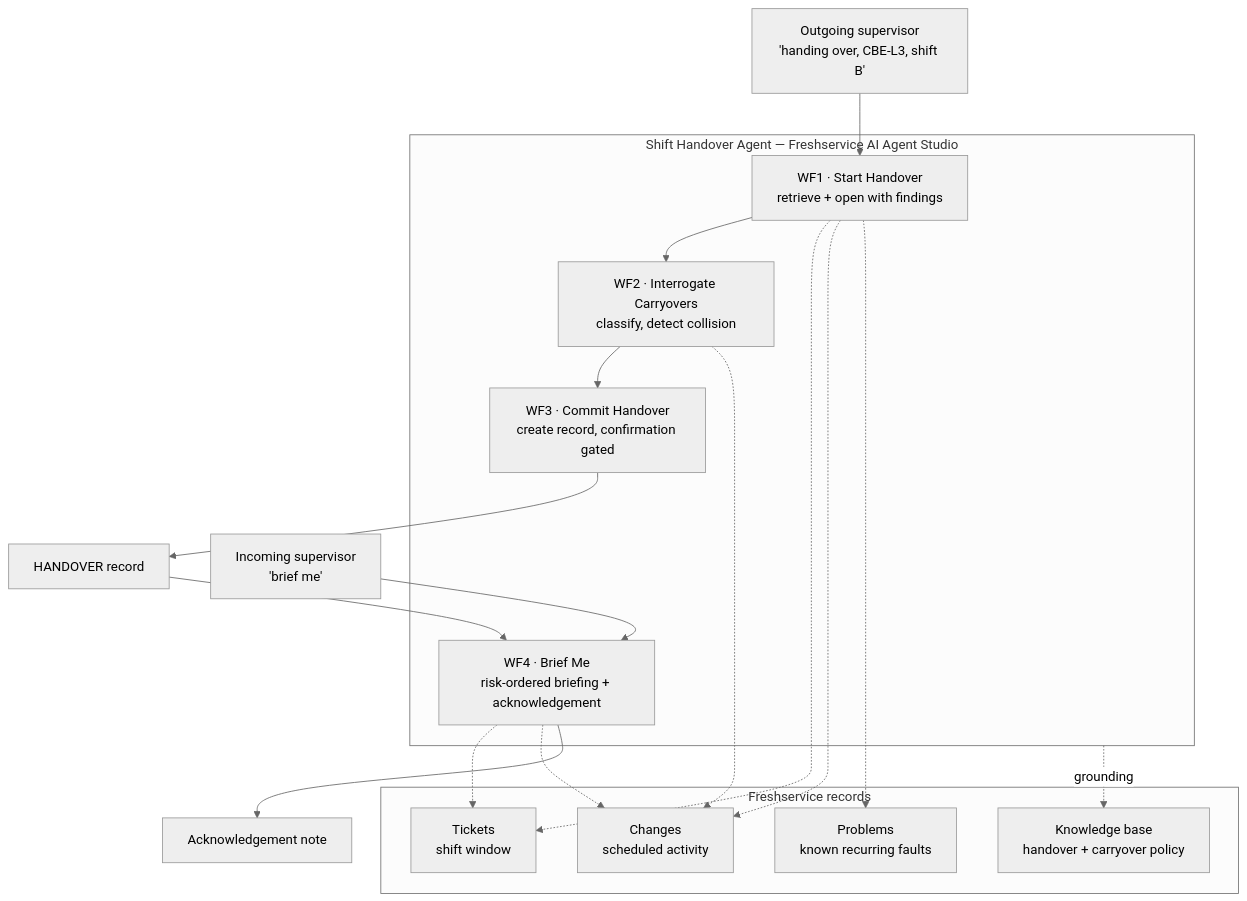
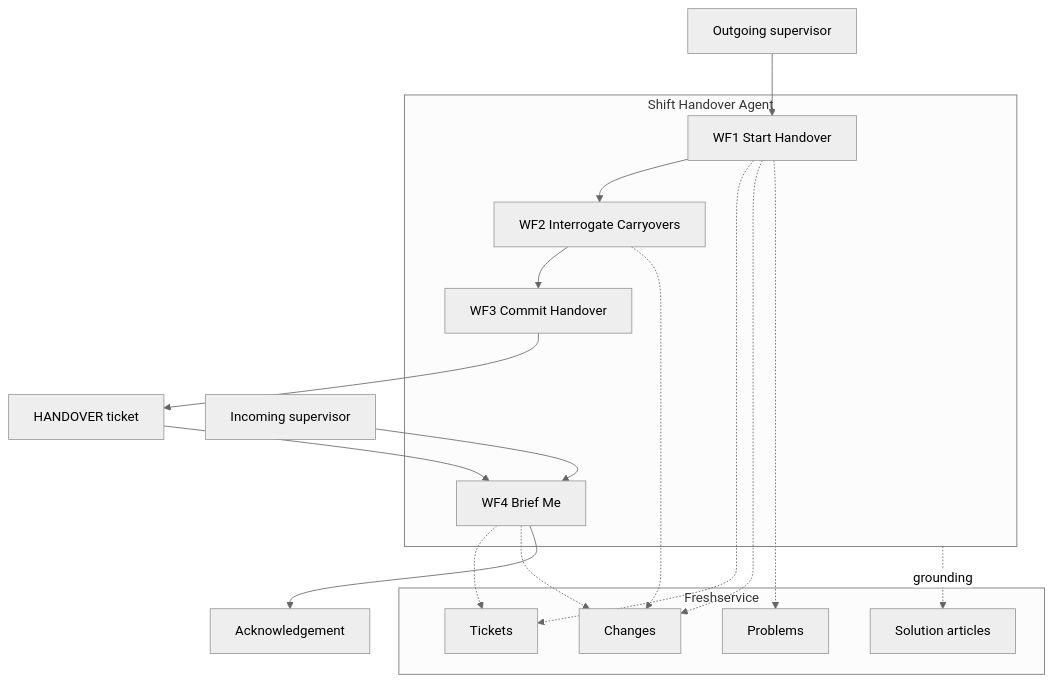
The diagram in README.md (Jonathan-Jerrick/shift-handover-intelligence), drawn with Mermaid (neutral theme) before and after one commit. The commit also changed other lines of this file, not shown here.

````diff
--- a/README.md
+++ b/README.md
@@ -56,29 +77,29 @@
 ```mermaid
 flowchart TD
-    OUT["Outgoing supervisor<br/>'handing over, CBE-L3, shift B'"] --> WF1
-    IN["Incoming supervisor<br/>'brief me'"] --> WF4
+    OUT["Outgoing supervisor"] --> WF1
+    IN["Incoming supervisor"] --> WF4
 
-    subgraph AGENT["Shift Handover Agent — Freshservice AI Agent Studio"]
-        WF1["WF1 · Start Handover<br/>retrieve + open with findings"]
-        WF2["WF2 · Interrogate Carryovers<br/>classify, detect collision"]
-        WF3["WF3 · Commit Handover<br/>create record, confirmation gated"]
-        WF4["WF4 · Brief Me<br/>risk-ordered briefing + acknowledgement"]
+    subgraph AGENT["Shift Handover Agent"]
+        WF1["WF1 Start Handover"]
+        WF2["WF2 Interrogate Carryovers"]
+        WF3["WF3 Commit Handover"]
+        WF4["WF4 Brief Me"]
         WF1 --> WF2 --> WF3
     end
 
-    subgraph DATA["Freshservice records"]
-        T["Tickets<br/>shift window"]
-        C["Changes<br/>scheduled activity"]
-        P["Problems<br/>known recurring faults"]
-        K["Knowledge base<br/>handover + carryover policy"]
+    subgraph DATA["Freshservice"]
+        T["Tickets"]
+        C["Changes"]
+        P["Problems"]
+        K["Solution articles"]
     end
 
     WF1 -.-> T & C & P
     WF2 -.-> C
     WF4 -.-> T & C
     AGENT -.grounding.-> K
 
-    WF3 --> H["HANDOVER record"]
-    WF4 --> ACK["Acknowledgement note"]
+    WF3 --> H["HANDOVER ticket"]
     H --> WF4
+    WF4 --> ACK["Acknowledgement"]
 ```
````
